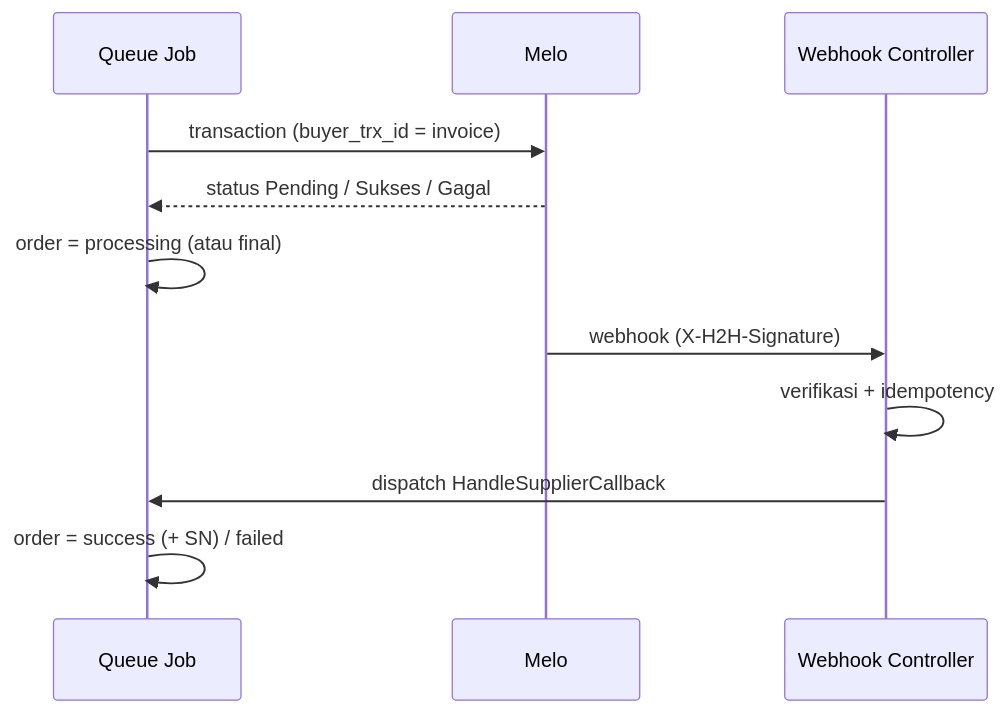
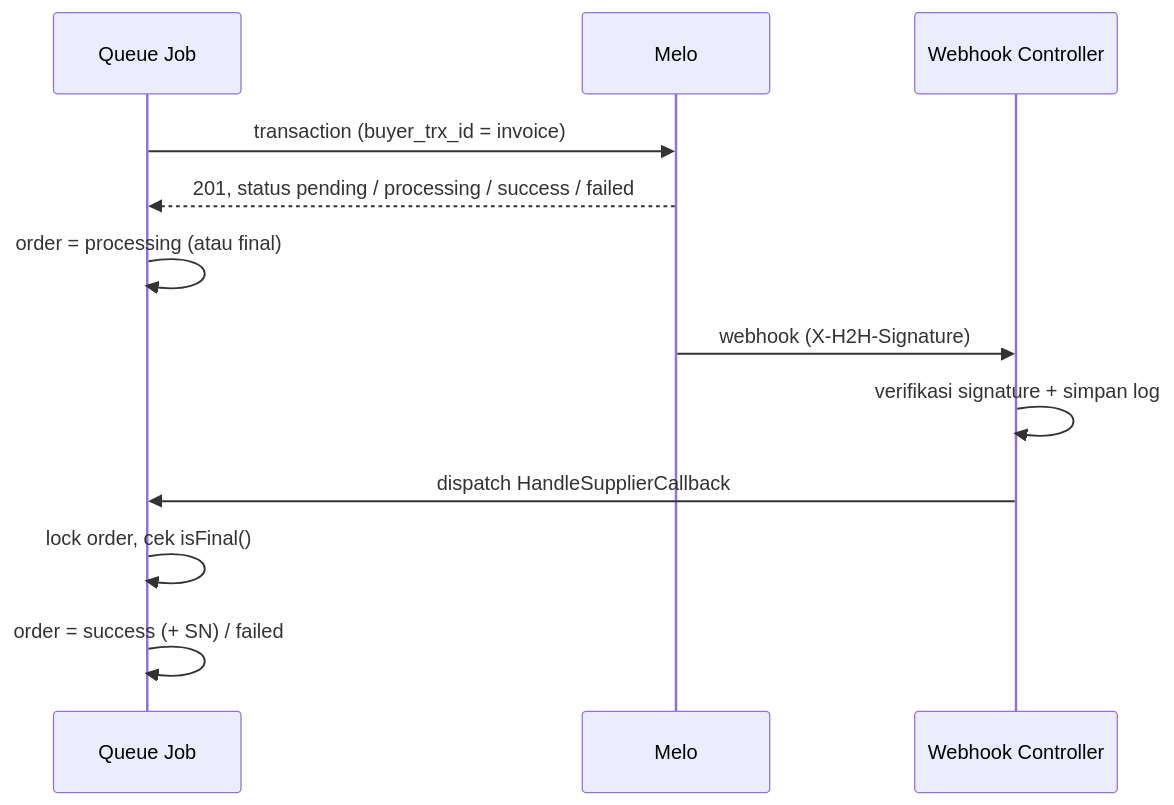
The fourth of 5 diagrams in docs/BUSINESS_FLOW.md (ilhamfajarandika/zeth-market), drawn with Mermaid before and after one commit. The commit also changed other lines of this file and 11 other files, not shown here.

````diff
--- a/docs/BUSINESS_FLOW.md
+++ b/docs/BUSINESS_FLOW.md
@@ -125,13 +129,14 @@
 ```mermaid
 sequenceDiagram
     participant Q as Queue Job
     participant D as Melo
     participant W as Webhook Controller
     Q->>D: transaction (buyer_trx_id = invoice)
-    D-->>Q: status Pending / Sukses / Gagal
+    D-->>Q: 201, status pending / processing / success / failed
     Q->>Q: order = processing (atau final)
     D->>W: webhook (X-H2H-Signature)
-    W->>W: verifikasi + idempotency
+    W->>W: verifikasi signature + simpan log
     W->>Q: dispatch HandleSupplierCallback
+    Q->>Q: lock order, cek isFinal()
     Q->>Q: order = success (+ SN) / failed
 ```
````
